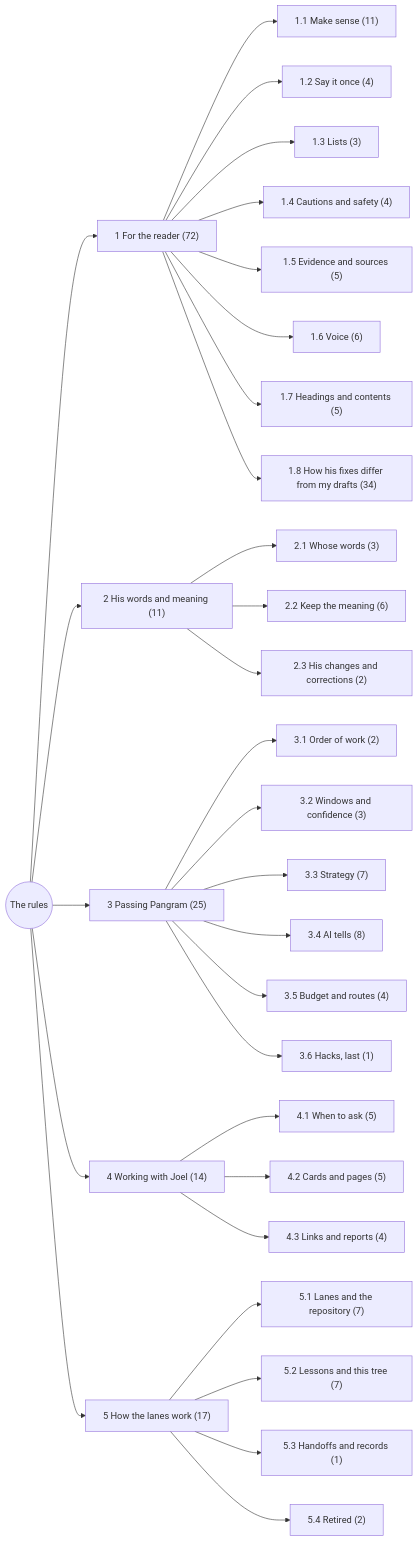
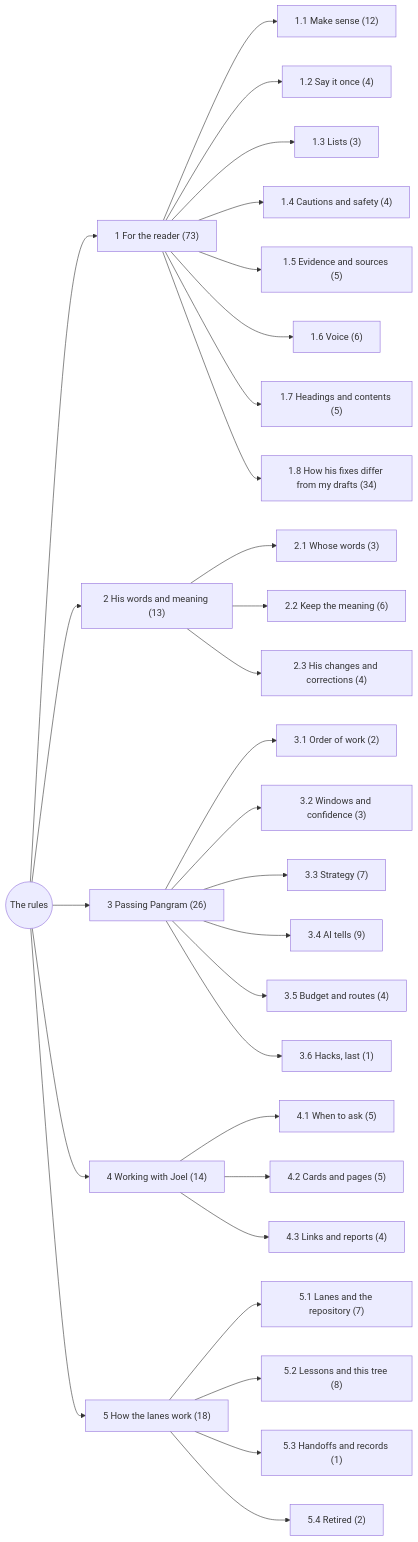
The diagram in rules/README.md (u-dont-existDOTcom/joel-articles), drawn with Mermaid before and after one commit. The commit also changed other lines of this file and 29 other files, not shown here.

First line of the commit message:
Bad trips, turn 77: his 12 answers on the rule tree in; his comments on six rules (audience, straight into, post links, headings, compressed lists, his kept words); replies on the tree; the record of slop that passed Pangram; lessons bad-trips-2026-11-28d to h

````diff
--- a/rules/README.md
+++ b/rules/README.md
@@ -9,33 +9,33 @@
 ```mermaid
 flowchart LR
   T(("The rules"))
-  T --> B1["1 For the reader (72)"]
-  B1 --> G1_1["1.1 Make sense (11)"]
+  T --> B1["1 For the reader (73)"]
+  B1 --> G1_1["1.1 Make sense (12)"]
   B1 --> G1_2["1.2 Say it once (4)"]
   B1 --> G1_3["1.3 Lists (3)"]
   B1 --> G1_4["1.4 Cautions and safety (4)"]
   B1 --> G1_5["1.5 Evidence and sources (5)"]
   B1 --> G1_6["1.6 Voice (6)"]
   B1 --> G1_7["1.7 Headings and contents (5)"]
   B1 --> G1_8["1.8 How his fixes differ from my drafts (34)"]
-  T --> B2["2 His words and meaning (11)"]
+  T --> B2["2 His words and meaning (13)"]
   B2 --> G2_1["2.1 Whose words (3)"]
   B2 --> G2_2["2.2 Keep the meaning (6)"]
-  B2 --> G2_3["2.3 His changes and corrections (2)"]
-  T --> B3["3 Passing Pangram (25)"]
+  B2 --> G2_3["2.3 His changes and corrections (4)"]
+  T --> B3["3 Passing Pangram (26)"]
   B3 --> G3_1["3.1 Order of work (2)"]
   B3 --> G3_2["3.2 Windows and confidence (3)"]
   B3 --> G3_3["3.3 Strategy (7)"]
-  B3 --> G3_4["3.4 AI tells (8)"]
+  B3 --> G3_4["3.4 AI tells (9)"]
   B3 --> G3_5["3.5 Budget and routes (4)"]
   B3 --> G3_6["3.6 Hacks, last (1)"]
   T --> B4["4 Working with Joel (14)"]
   B4 --> G4_1["4.1 When to ask (5)"]
   B4 --> G4_2["4.2 Cards and pages (5)"]
   B4 --> G4_3["4.3 Links and reports (4)"]
-  T --> B5["5 How the lanes work (17)"]
+  T --> B5["5 How the lanes work (18)"]
   B5 --> G5_1["5.1 Lanes and the repository (7)"]
-  B5 --> G5_2["5.2 Lessons and this tree (7)"]
+  B5 --> G5_2["5.2 Lessons and this tree (8)"]
   B5 --> G5_3["5.3 Handoffs and records (1)"]
   B5 --> G5_4["5.4 Retired (2)"]
 ```
````
